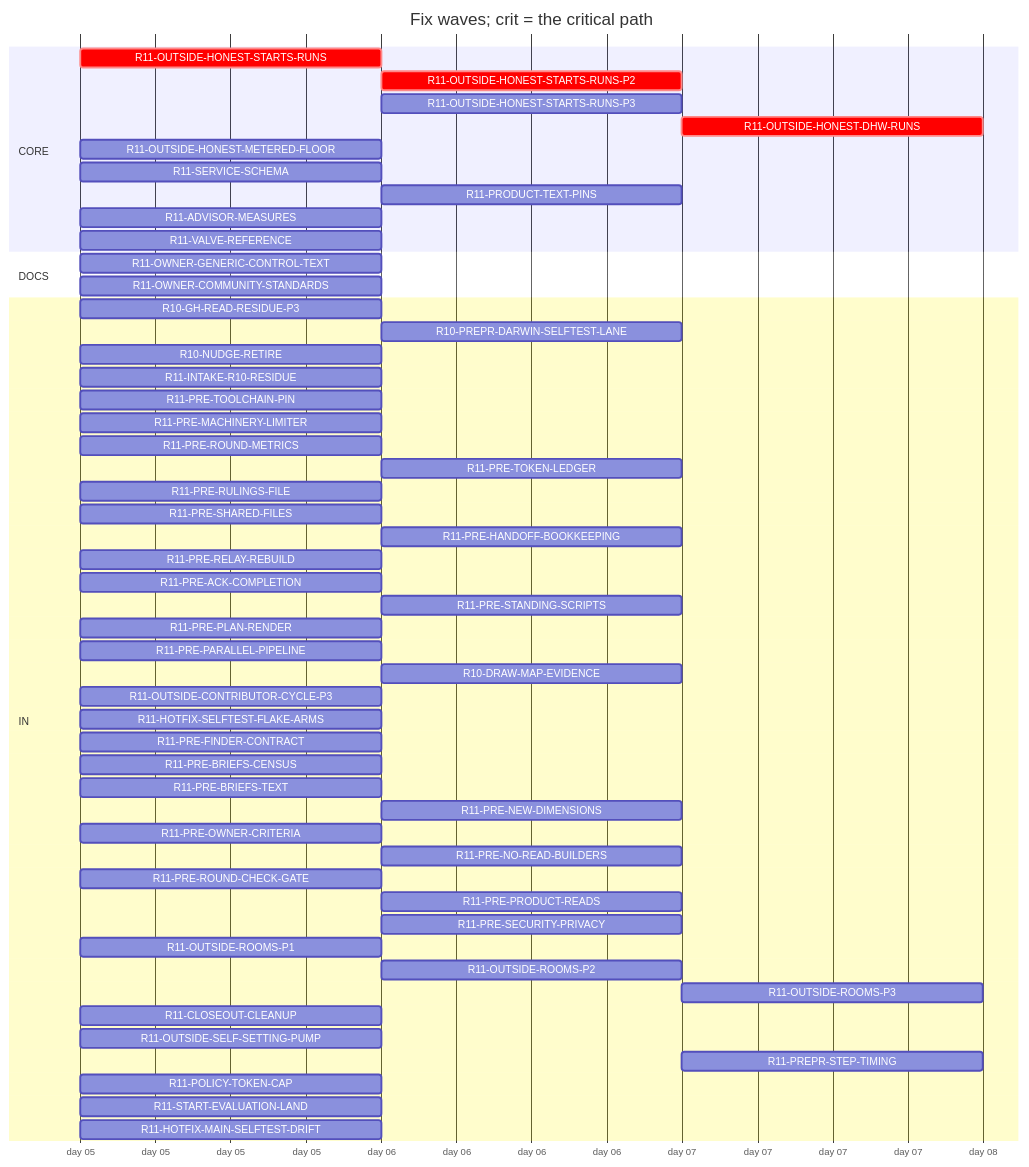
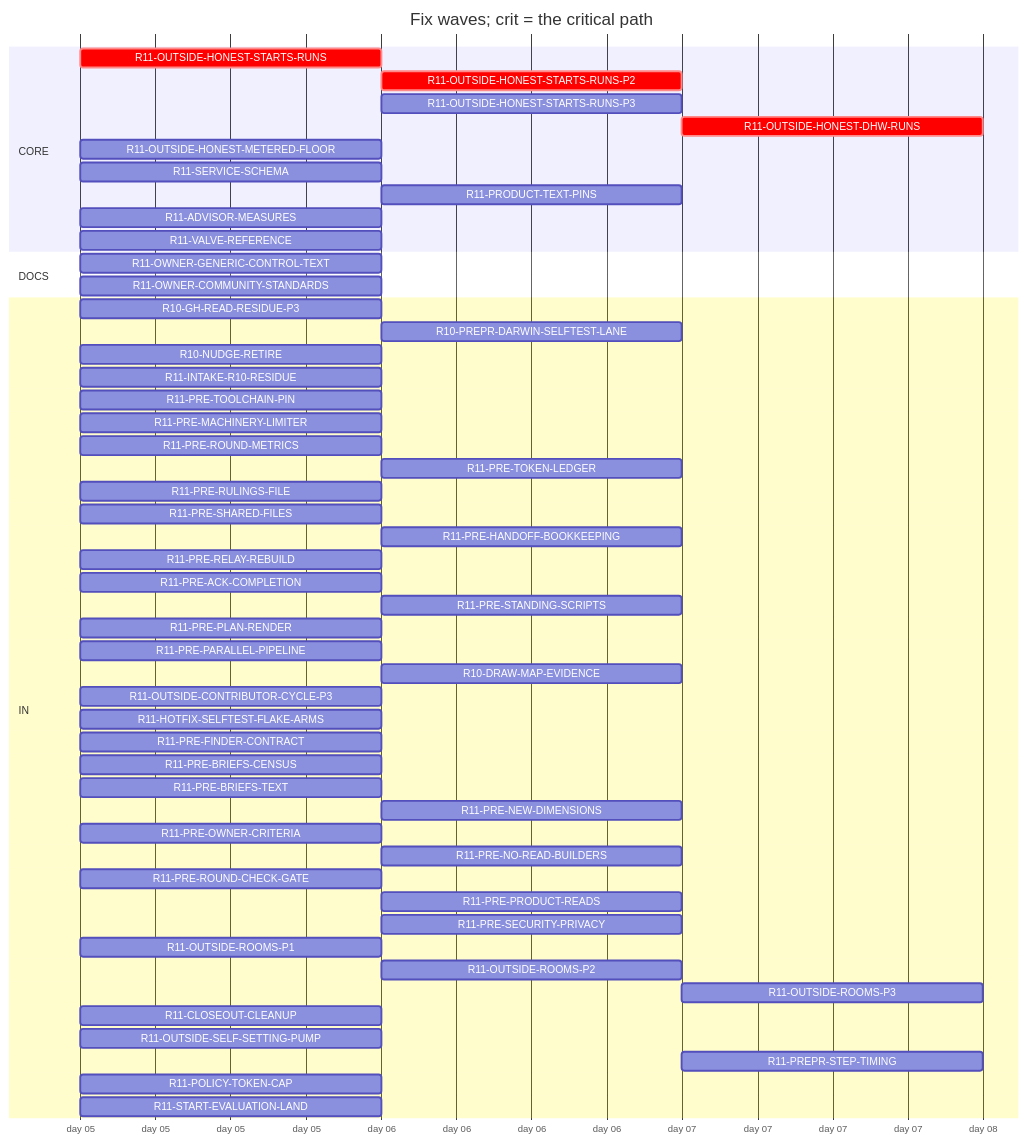
Before and after one commit to tvofi/heatpump_optimizer: the diagram in handoff/round11/state/PLAN-TABLE.md, drawn with Mermaid. The commit also changed other lines of this file and 4 other files, not shown here.

Commit message:
state: FLOW-BOARD.md, NEXT-SESSION-PROMPT.md, PLAN-TABLE.md, PLAN.html, RESUME-CURRENT.md regenerated (state_docs.py)

````diff
--- a/handoff/round11/state/PLAN-TABLE.md
+++ b/handoff/round11/state/PLAN-TABLE.md
@@ -16,57 +16,56 @@
 ```mermaid
 gantt
   title Fix waves; crit = the critical path
   dateFormat YYYY-MM-DD
   axisFormat day %d
   section CORE
     R11-OUTSIDE-HONEST-STARTS-RUNS :crit, r11OUTSIDEHONESTSTARTSRUNS, 2026-01-05, 1d
     R11-OUTSIDE-HONEST-STARTS-RUNS-P2 :crit, r11OUTSIDEHONESTSTARTSRUNSP2, after r11OUTSIDEHONESTSTARTSRUNS, 1d
     R11-OUTSIDE-HONEST-STARTS-RUNS-P3 :r11OUTSIDEHONESTSTARTSRUNSP3, after r11OUTSIDEHONESTSTARTSRUNS, 1d
     R11-OUTSIDE-HONEST-DHW-RUNS :crit, r11OUTSIDEHONESTDHWRUNS, after r11OUTSIDEHONESTSTARTSRUNS r11OUTSIDEHONESTSTARTSRUNSP2, 1d
     R11-OUTSIDE-HONEST-METERED-FLOOR :r11OUTSIDEHONESTMETEREDFLOOR, 2026-01-05, 1d
     R11-SERVICE-SCHEMA :r11SERVICESCHEMA, 2026-01-05, 1d
     R11-PRODUCT-TEXT-PINS :r11PRODUCTTEXTPINS, after r11OUTSIDEROOMSP1, 1d
     R11-ADVISOR-MEASURES :r11ADVISORMEASURES, 2026-01-05, 1d
     R11-VALVE-REFERENCE :r11VALVEREFERENCE, 2026-01-05, 1d
   section DOCS
     R11-OWNER-GENERIC-CONTROL-TEXT :r11OWNERGENERICCONTROLTEXT, 2026-01-05, 1d
     R11-OWNER-COMMUNITY-STANDARDS :r11OWNERCOMMUNITYSTANDARDS, 2026-01-05, 1d
   section IN
     R10-GH-READ-RESIDUE-P3 :r10GHREADRESIDUEP3, 2026-01-05, 1d
     R10-PREPR-DARWIN-SELFTEST-LANE :r10PREPRDARWINSELFTESTLANE, after r10GHREADRESIDUEP3, 1d
     R10-NUDGE-RETIRE :r10NUDGERETIRE, 2026-01-05, 1d
     R11-INTAKE-R10-RESIDUE :r11INTAKER10RESIDUE, 2026-01-05, 1d
     R11-PRE-TOOLCHAIN-PIN :r11PRETOOLCHAINPIN, 2026-01-05, 1d
     R11-PRE-MACHINERY-LIMITER :r11PREMACHINERYLIMITER, 2026-01-05, 1d
     R11-PRE-ROUND-METRICS :r11PREROUNDMETRICS, 2026-01-05, 1d
     R11-PRE-TOKEN-LEDGER :r11PRETOKENLEDGER, after r10GHREADRESIDUEP3, 1d
     R11-PRE-RULINGS-FILE :r11PRERULINGSFILE, 2026-01-05, 1d
     R11-PRE-SHARED-FILES :r11PRESHAREDFILES, 2026-01-05, 1d
     R11-PRE-HANDOFF-BOOKKEEPING :r11PREHANDOFFBOOKKEEPING, after r11PRERELAYREBUILD, 1d
     R11-PRE-RELAY-REBUILD :r11PRERELAYREBUILD, 2026-01-05, 1d
     R11-PRE-ACK-COMPLETION :r11PREACKCOMPLETION, 2026-01-05, 1d
     R11-PRE-STANDING-SCRIPTS :r11PRESTANDINGSCRIPTS, after r11PREPARALLELPIPELINE, 1d
     R11-PRE-PLAN-RENDER :r11PREPLANRENDER, 2026-01-05, 1d
     R11-PRE-PARALLEL-PIPELINE :r11PREPARALLELPIPELINE, 2026-01-05, 1d
     R10-DRAW-MAP-EVIDENCE :r10DRAWMAPEVIDENCE, after r11OUTSIDESELFSETTINGPUMP, 1d
     R11-OUTSIDE-CONTRIBUTOR-CYCLE-P3 :r11OUTSIDECONTRIBUTORCYCLEP3, 2026-01-05, 1d
     R11-HOTFIX-SELFTEST-FLAKE-ARMS :r11HOTFIXSELFTESTFLAKEARMS, 2026-01-05, 1d
     R11-PRE-FINDER-CONTRACT :r11PREFINDERCONTRACT, 2026-01-05, 1d
     R11-PRE-BRIEFS-CENSUS :r11PREBRIEFSCENSUS, 2026-01-05, 1d
     R11-PRE-BRIEFS-TEXT :r11PREBRIEFSTEXT, 2026-01-05, 1d
     R11-PRE-NEW-DIMENSIONS :r11PRENEWDIMENSIONS, after r11PREFINDERCONTRACT r11PREBRIEFSCENSUS, 1d
     R11-PRE-OWNER-CRITERIA :r11PREOWNERCRITERIA, 2026-01-05, 1d
     R11-PRE-NO-READ-BUILDERS :r11PRENOREADBUILDERS, after r11PREMACHINERYLIMITER, 1d
     R11-PRE-ROUND-CHECK-GATE :r11PREROUNDCHECKGATE, 2026-01-05, 1d
     R11-PRE-PRODUCT-READS :r11PREPRODUCTREADS, after r11PREBRIEFSCENSUS, 1d
     R11-PRE-SECURITY-PRIVACY :r11PRESECURITYPRIVACY, after r11PREFINDERCONTRACT r11PREBRIEFSCENSUS, 1d
     R11-OUTSIDE-ROOMS-P1 :r11OUTSIDEROOMSP1, 2026-01-05, 1d
     R11-OUTSIDE-ROOMS-P2 :r11OUTSIDEROOMSP2, after r11OUTSIDEROOMSP1, 1d
     R11-OUTSIDE-ROOMS-P3 :r11OUTSIDEROOMSP3, after r11OUTSIDEROOMSP2, 1d
     R11-CLOSEOUT-CLEANUP :r11CLOSEOUTCLEANUP, 2026-01-05, 1d
     R11-OUTSIDE-SELF-SETTING-PUMP :r11OUTSIDESELFSETTINGPUMP, 2026-01-05, 1d
     R11-PREPR-STEP-TIMING :r11PREPRSTEPTIMING, after r10PREPRDARWINSELFTESTLANE, 1d
     R11-POLICY-TOKEN-CAP :r11POLICYTOKENCAP, 2026-01-05, 1d
     R11-START-EVALUATION-LAND :r11STARTEVALUATIONLAND, 2026-01-05, 1d
-    R11-HOTFIX-MAIN-SELFTEST-DRIFT :r11HOTFIXMAINSELFTESTDRIFT, 2026-01-05, 1d
 ```
````
